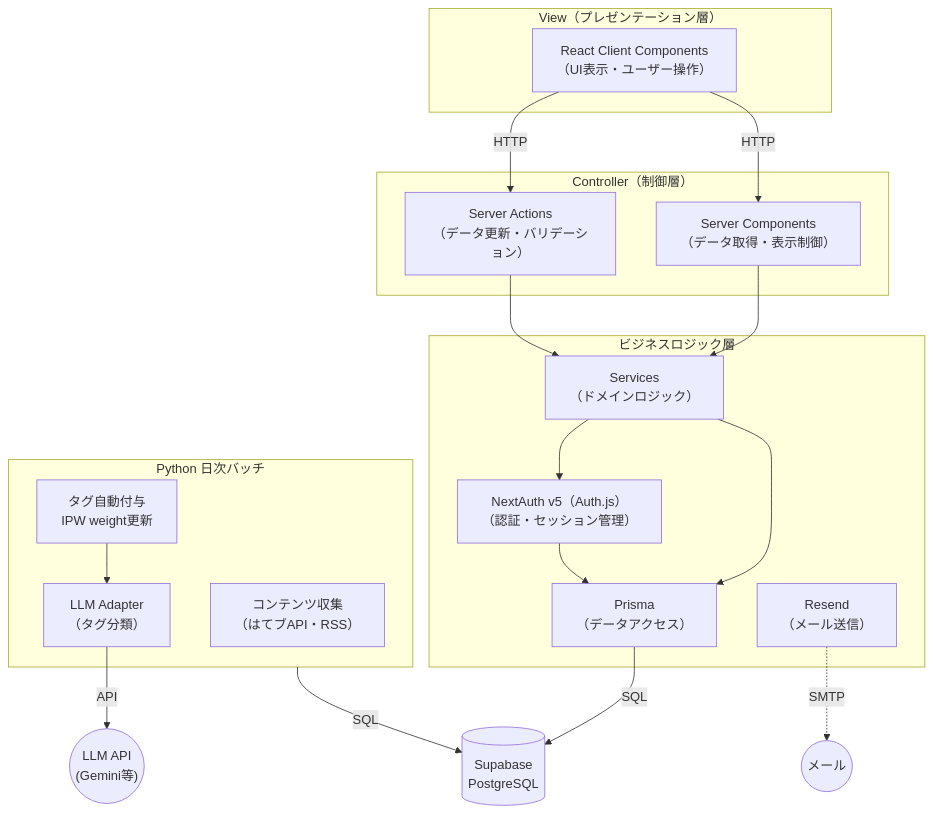
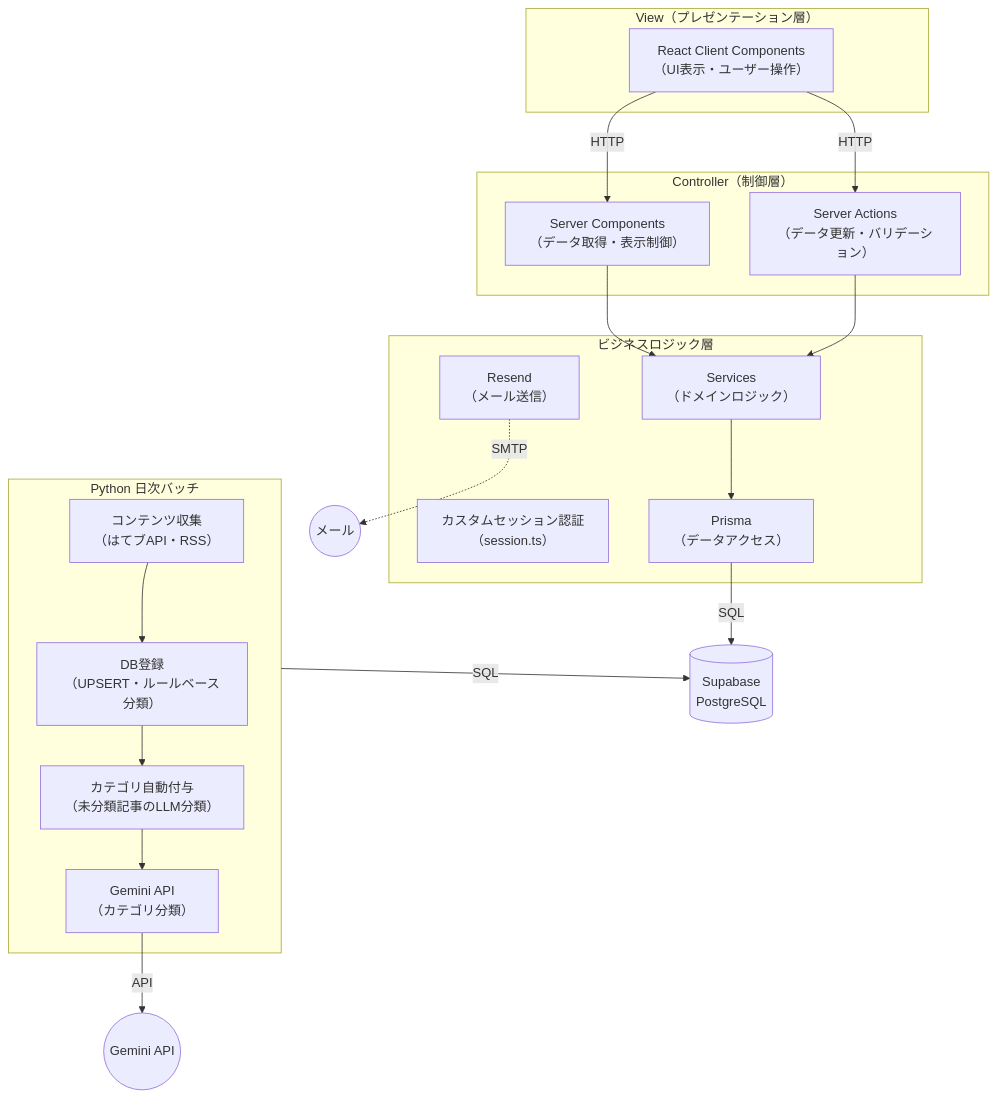
One commit to WMinsane/yaminabe changed the diagram in .docs/architecture.md. Above: the diagram before and after it, drawn with Mermaid. The commit also changed other lines of this file and 10 other files, not shown here.

````diff
--- a/.docs/architecture.md
+++ b/.docs/architecture.md
@@ -9,34 +9,36 @@
 ```mermaid
 flowchart TD
     subgraph View["View（プレゼンテーション層）"]
         RC["React Client Components\n（UI表示・ユーザー操作）"]
     end
 
     subgraph Controller["Controller（制御層）"]
         SC["Server Components\n（データ取得・表示制御）"]
         SA["Server Actions\n（データ更新・バリデーション）"]
     end
 
     subgraph BizLogic["ビジネスロジック層"]
         SV["Services\n（ドメインロジック）"]
-        NA["NextAuth v5（Auth.js）\n（認証・セッション管理）"]
+        AU["カスタムセッション認証\n（session.ts）"]
         RS["Resend\n（メール送信）"]
         ORM["Prisma\n（データアクセス）"]
     end
 
     subgraph ExtBatch["Python 日次バッチ"]
         B1["コンテンツ収集\n（はてブAPI・RSS）"]
-        B2["タグ自動付与\nIPW weight更新"]
-        LLM["LLM Adapter\n（タグ分類）"]
+        B1R["DB登録\n（UPSERT・ルールベース分類）"]
+        B2["カテゴリ自動付与\n（未分類記事のLLM分類）"]
+        LLM["Gemini API\n（カテゴリ分類）"]
     end
 
     RC -->|HTTP| SC & SA
     SC & SA --> SV
-    SV --> NA & ORM
-    NA --> ORM
+    SV --> ORM
     RS -.->|SMTP| Mail(("メール"))
     ORM -->|SQL| DB[("Supabase\nPostgreSQL")]
+    B1 --> B1R
+    B1R --> B2
     B2 --> LLM
-    LLM -->|API| LLMAPI(("LLM API\n(Gemini等)"))
+    LLM -->|API| LLMAPI(("Gemini API"))
     ExtBatch -->|SQL| DB
 ```
````
